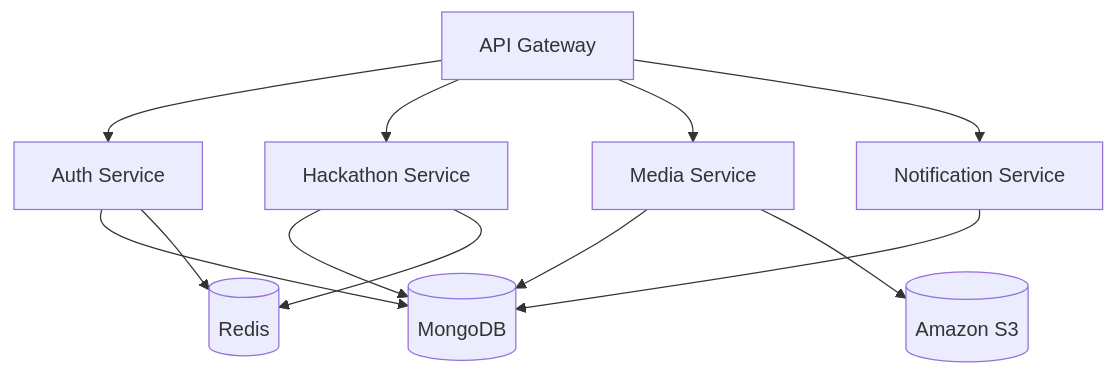
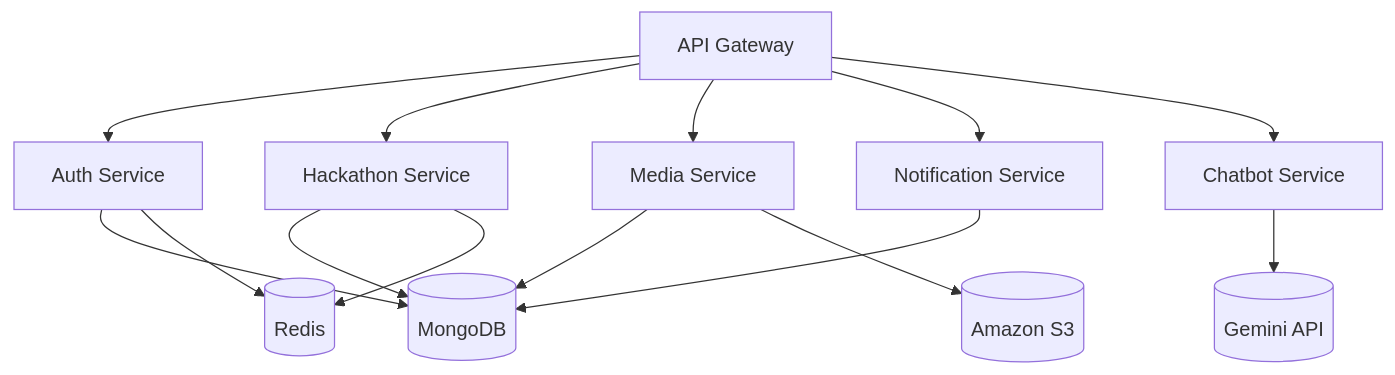
One commit to rahul-1901/distributedSystem changed the first of 2 diagrams in backend/docs/services.md. Above: the diagram before and after it, drawn with Mermaid. The commit also changed other lines of this file and 46 other files, not shown here.

````diff
--- a/backend/docs/services.md
+++ b/backend/docs/services.md
@@ -15,17 +15,20 @@
 ```mermaid
 graph TD
     Gateway["API Gateway"] --> Auth["Auth Service"]
     Gateway --> Hackathon["Hackathon Service"]
     Gateway --> Media["Media Service"]
     Gateway --> Notification["Notification Service"]
+    Gateway --> Chatbot["Chatbot Service"]
 
     Auth --> Mongo[("MongoDB")]
     Hackathon --> Mongo
     Media --> Mongo
     Notification --> Mongo
 
     Auth --> Redis[("Redis")]
     Hackathon --> Redis
 
     Media --> S3[("Amazon S3")]
+
+    Chatbot --> Gemini[("Gemini API")]
 ```
````
